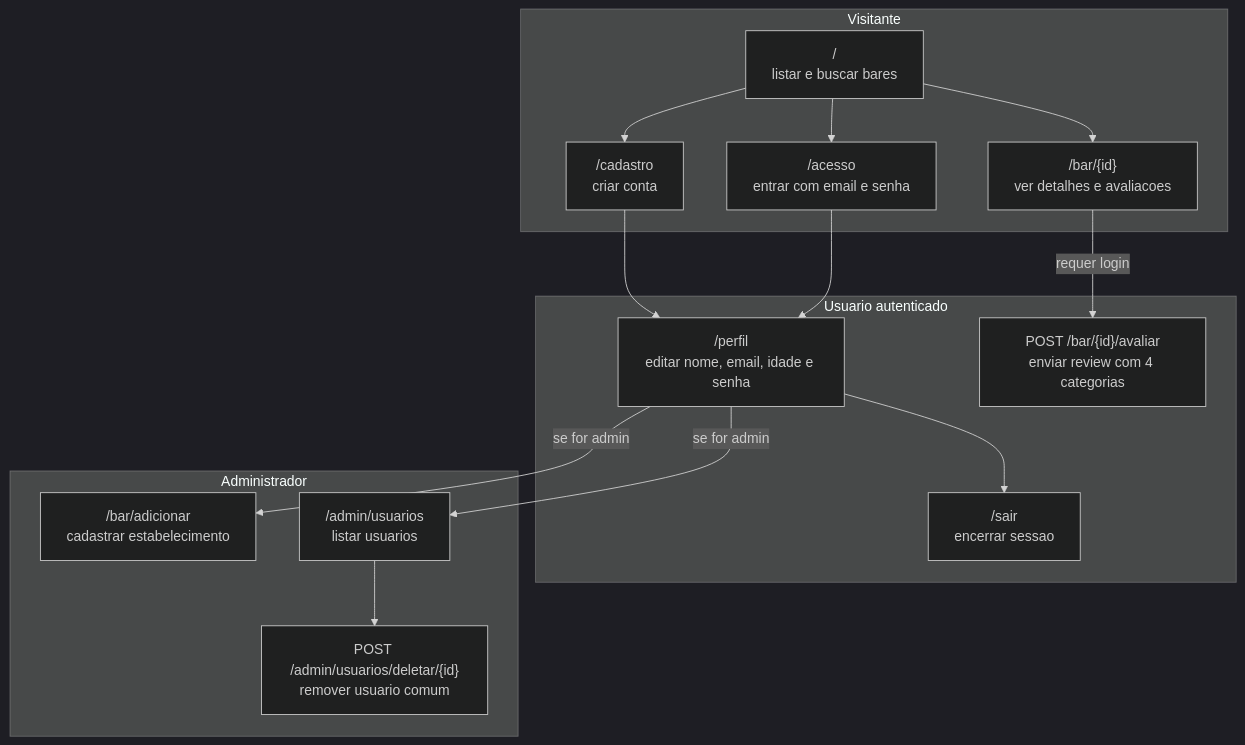
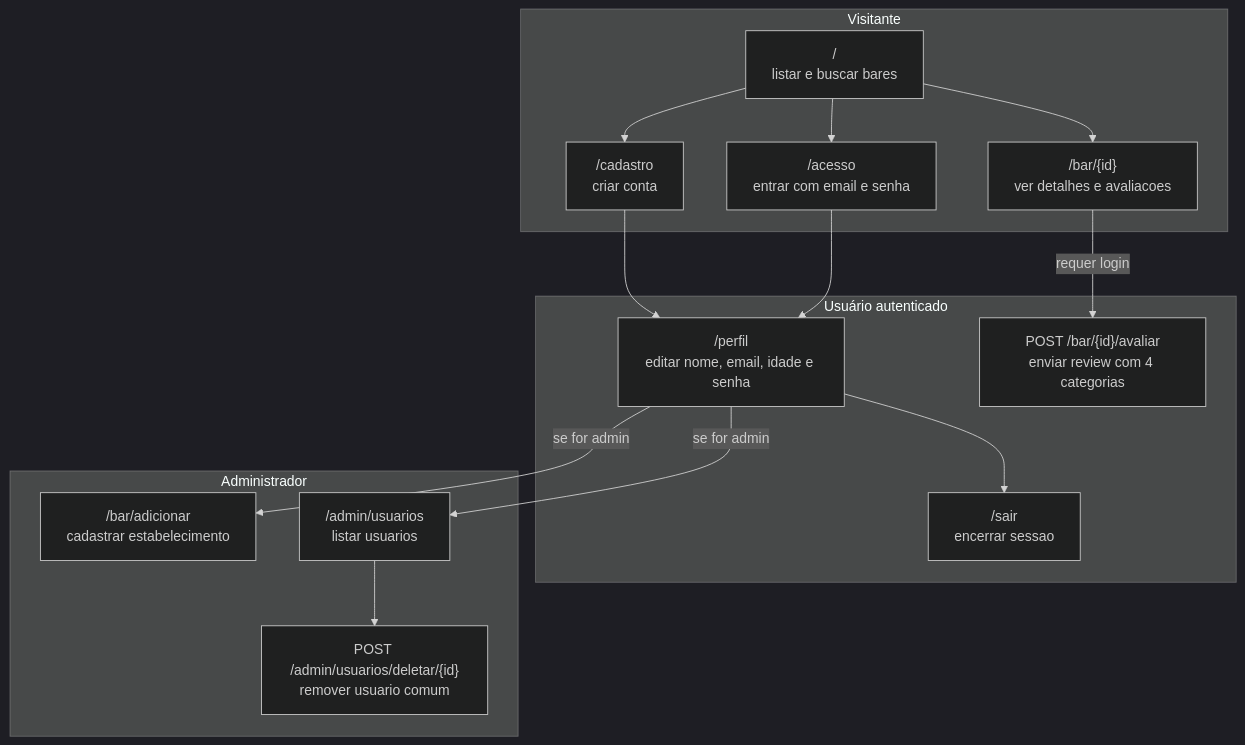
Before and after one commit to Brunolmf/TP1_EngSoftware: the first of 4 diagrams in README.md, drawn with Mermaid (dark theme). The commit also changed other lines of this file and 1 other file, not shown here.

````diff
--- a/README.md
+++ b/README.md
@@ -50,43 +50,43 @@
 ```mermaid
 flowchart TD
     H["/<br/>listar e buscar bares"]
     D["/bar/{id}<br/>ver detalhes e avaliacoes"]
     C["/cadastro<br/>criar conta"]
     L["/acesso<br/>entrar com email e senha"]
     P["/perfil<br/>editar nome, email, idade e senha"]
     A["POST /bar/{id}/avaliar<br/>enviar review com 4 categorias"]
     S["/sair<br/>encerrar sessao"]
     NB["/bar/adicionar<br/>cadastrar estabelecimento"]
     AU["/admin/usuarios<br/>listar usuarios"]
     DU["POST /admin/usuarios/deletar/{id}<br/>remover usuario comum"]
 
     subgraph Visitante
         H
         D
         C
         L
     end
 
-    subgraph UsuarioAutenticado["Usuario autenticado"]
+    subgraph UsuarioAutenticado["Usuário autenticado"]
         P
         A
         S
     end
 
     subgraph Administrador
         NB
         AU
         DU
     end
 
     H --> D
     H --> C
     H --> L
     C --> P
     L --> P
     D -->|requer login| A
     P --> S
     P -->|se for admin| NB
     P -->|se for admin| AU
     AU --> DU
 ```
````
